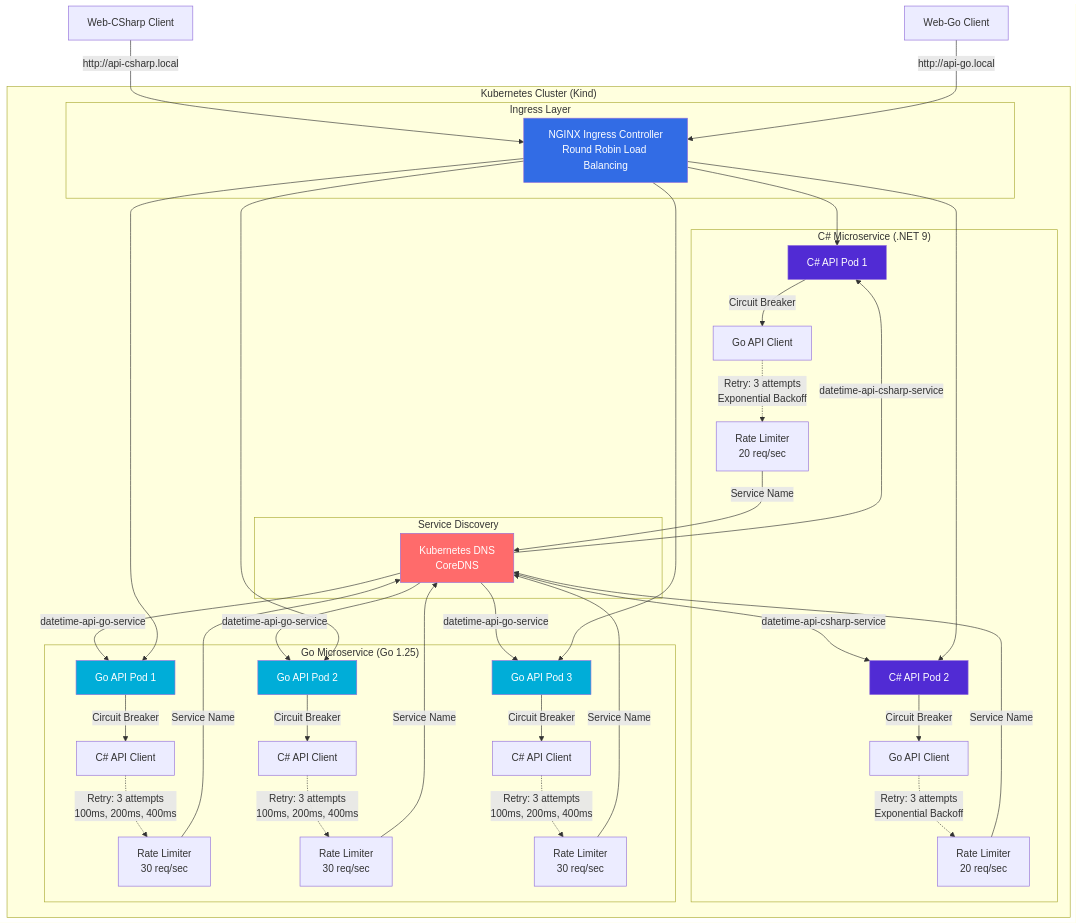
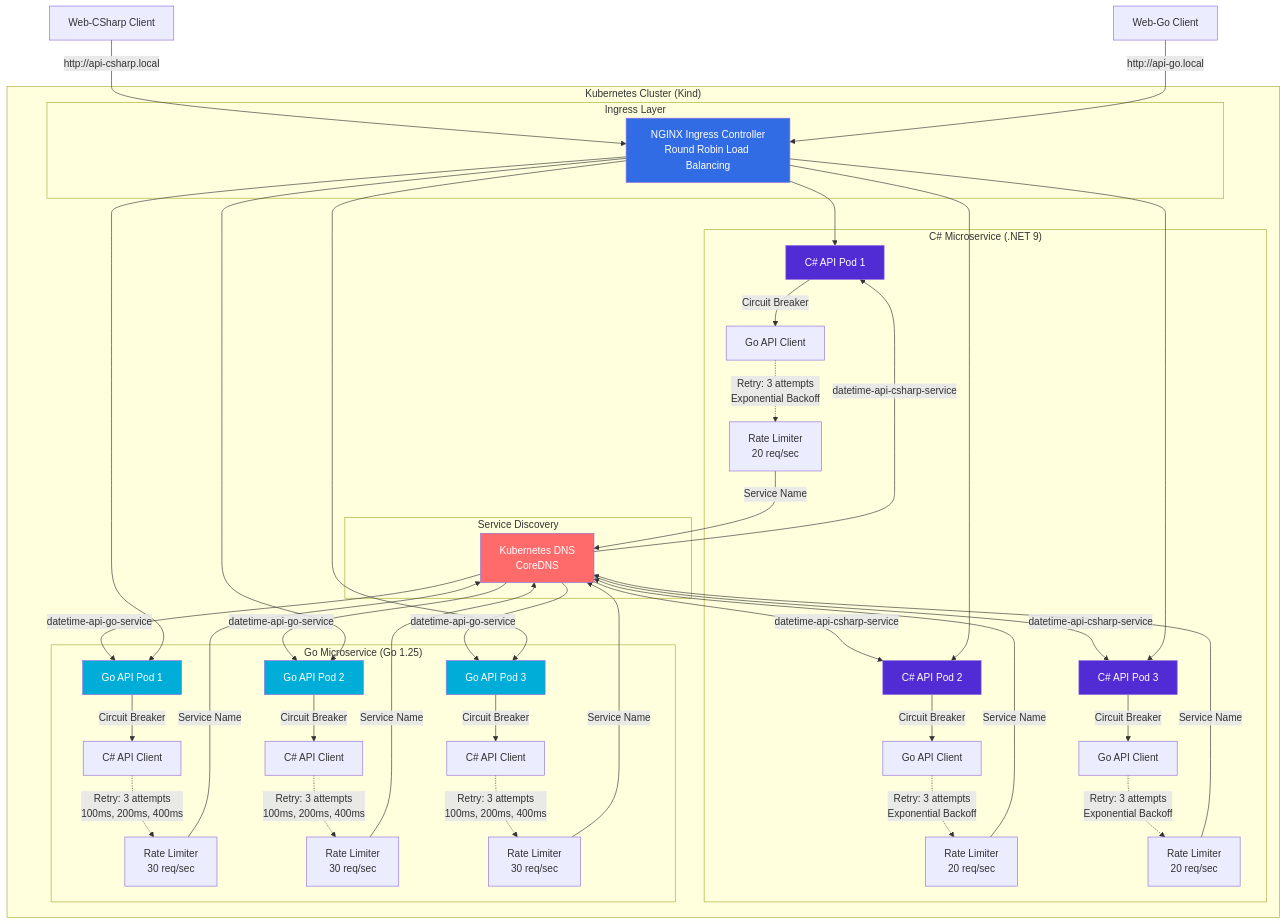
One commit to esersahin/datetime-k8s changed the first of 5 diagrams in docs/architecture-diagram.md. Above: the diagram before and after it, drawn with Mermaid. The commit also changed 13 other files, not shown here.

````diff
--- a/docs/architecture-diagram.md
+++ b/docs/architecture-diagram.md
@@ -5,67 +5,74 @@
 ```mermaid
 graph TB
     subgraph "Kubernetes Cluster (Kind)"
         subgraph "Ingress Layer"
             Ingress[NGINX Ingress Controller<br/>Round Robin Load Balancing]
         end
 
         subgraph "C# Microservice (.NET 9)"
             CSharpAPI1[C# API Pod 1]
             CSharpAPI2[C# API Pod 2]
+            CSharpAPI3[C# API Pod 3]
 
             CSharpAPI1 --> |Circuit Breaker| GoClient1[Go API Client]
             CSharpAPI2 --> |Circuit Breaker| GoClient2[Go API Client]
+            CSharpAPI3 --> |Circuit Breaker| GoClient3[Go API Client]
 
             GoClient1 -.-> |Retry: 3 attempts<br/>Exponential Backoff| RateLimit1[Rate Limiter<br/>20 req/sec]
             GoClient2 -.-> |Retry: 3 attempts<br/>Exponential Backoff| RateLimit2[Rate Limiter<br/>20 req/sec]
+            GoClient3 -.-> |Retry: 3 attempts<br/>Exponential Backoff| RateLimit6[Rate Limiter<br/>20 req/sec]
         end
 
         subgraph "Go Microservice (Go 1.25)"
             GoAPI1[Go API Pod 1]
             GoAPI2[Go API Pod 2]
             GoAPI3[Go API Pod 3]
 
             GoAPI1 --> |Circuit Breaker| CSharpClient1[C# API Client]
             GoAPI2 --> |Circuit Breaker| CSharpClient2[C# API Client]
             GoAPI3 --> |Circuit Breaker| CSharpClient3[C# API Client]
 
             CSharpClient1 -.-> |Retry: 3 attempts<br/>100ms, 200ms, 400ms| RateLimit3[Rate Limiter<br/>30 req/sec]
             CSharpClient2 -.-> |Retry: 3 attempts<br/>100ms, 200ms, 400ms| RateLimit4[Rate Limiter<br/>30 req/sec]
             CSharpClient3 -.-> |Retry: 3 attempts<br/>100ms, 200ms, 400ms| RateLimit5[Rate Limiter<br/>30 req/sec]
         end
 
         subgraph "Service Discovery"
             DNS[Kubernetes DNS<br/>CoreDNS]
         end
 
         RateLimit1 --> |Service Name| DNS
         RateLimit2 --> |Service Name| DNS
         RateLimit3 --> |Service Name| DNS
         RateLimit4 --> |Service Name| DNS
         RateLimit5 --> |Service Name| DNS
+        RateLimit6 --> |Service Name| DNS
 
         DNS --> |datetime-api-go-service| GoAPI1
         DNS --> |datetime-api-go-service| GoAPI2
         DNS --> |datetime-api-go-service| GoAPI3
 
         DNS --> |datetime-api-csharp-service| CSharpAPI1
         DNS --> |datetime-api-csharp-service| CSharpAPI2
+        DNS --> |datetime-api-csharp-service| CSharpAPI3
     end
 
     Client[Web-CSharp Client] --> |http://api-csharp.local| Ingress
     Client2[Web-Go Client] --> |http://api-go.local| Ingress
 
     Ingress --> CSharpAPI1
     Ingress --> CSharpAPI2
+    Ingress --> CSharpAPI3
     Ingress --> GoAPI1
     Ingress --> GoAPI2
     Ingress --> GoAPI3
 
     style CSharpAPI1 fill:#512BD4,color:#fff
     style CSharpAPI2 fill:#512BD4,color:#fff
+    style CSharpAPI3 fill:#512BD4,color:#fff
     style GoAPI1 fill:#00ADD8,color:#fff
     style GoAPI2 fill:#00ADD8,color:#fff
     style GoAPI3 fill:#00ADD8,color:#fff
     style Ingress fill:#326CE5,color:#fff
     style DNS fill:#FF6B6B,color:#fff
 ```
````
